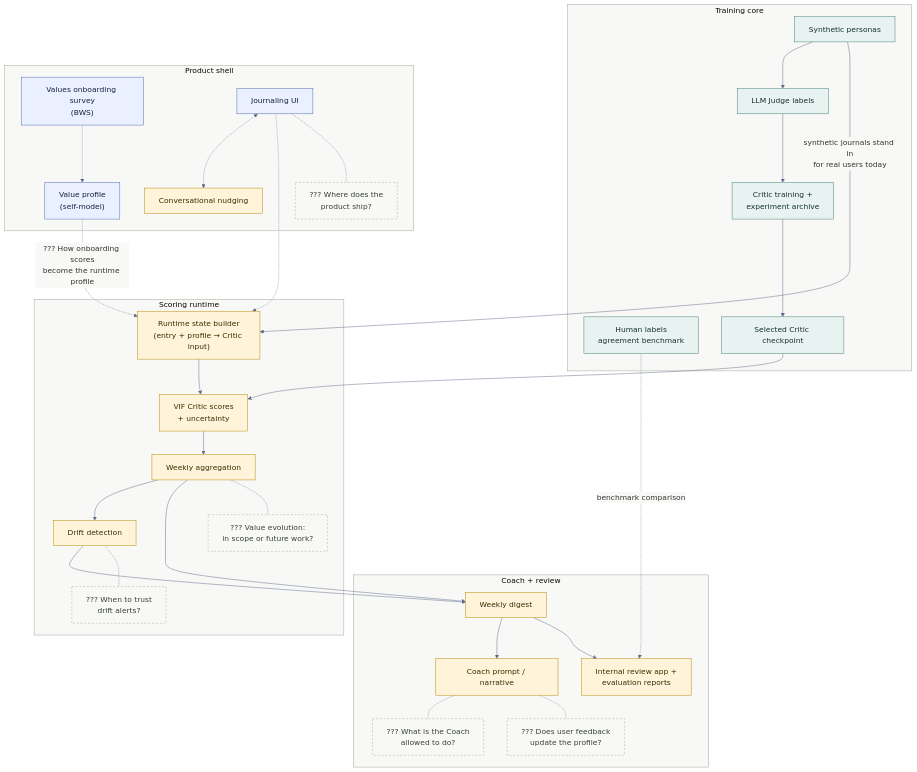
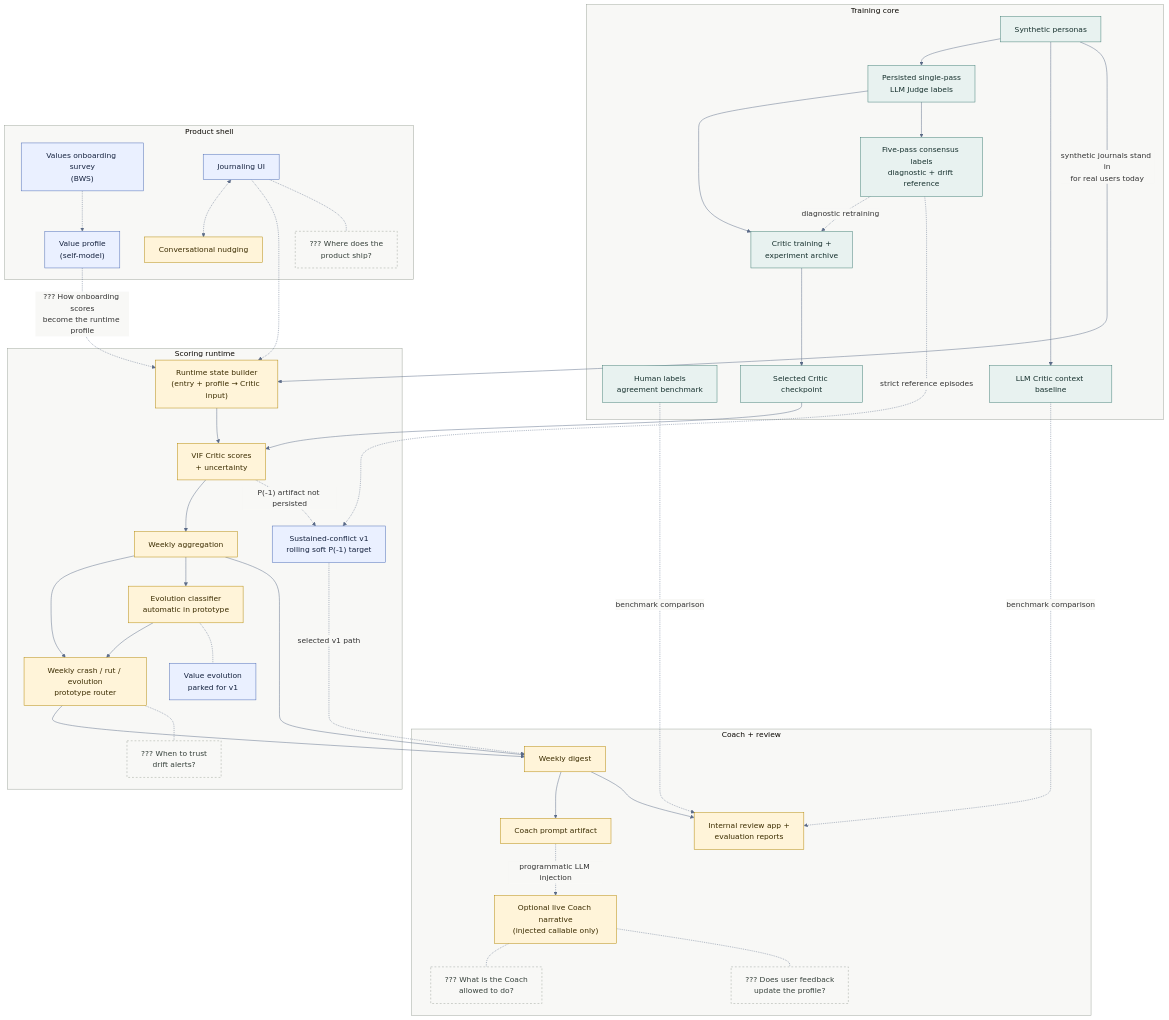
Before and after one commit to DesmondChoy/twinkl: the diagram in docs/architecture/e2e_architecture.md, drawn with Mermaid. The commit also changed other lines of this file and 27 other files, not shown here.

````diff
--- a/docs/architecture/e2e_architecture.md
+++ b/docs/architecture/e2e_architecture.md
@@ -34,10 +34,12 @@
 
     subgraph training["Training core"]
         personas["Synthetic personas"]
-        judge["LLM Judge labels"]
+        judge["Persisted single-pass<br/>LLM Judge labels"]
+        consensus["Five-pass consensus labels<br/>diagnostic + drift reference"]
         annotation["Human labels<br/>agreement benchmark"]
         critic_train["Critic training +<br/>experiment archive"]
         checkpoint["Selected Critic checkpoint"]
+        llm_baseline["LLM Critic context baseline"]
     end
 
     subgraph product["Product shell"]
@@ -52,14 +54,17 @@
         state["Runtime state builder<br/>(entry + profile → Critic input)"]
         scores["VIF Critic scores<br/>+ uncertainty"]
         weekly["Weekly aggregation"]
-        drift["Drift detection"]
+        drift["Weekly crash / rut / evolution<br/>prototype router"]
+        drift_v1["Sustained-conflict v1<br/>rolling soft P(-1) target"]
+        evolution["Evolution classifier<br/>automatic in prototype"]
         d_trigger["??? When to trust<br/>drift alerts?"]
-        d_evolution["??? Value evolution:<br/>in scope or future work?"]
+        d_evolution["Value evolution<br/>parked for v1"]
     end
 
     subgraph coach["Coach + review"]
         digest["Weekly digest"]
-        narrative["Coach prompt / narrative"]
+        prompt["Coach prompt artifact"]
+        narrative["Optional live Coach narrative<br/>(injected callable only)"]
         review["Internal review app +<br/>evaluation reports"]
         d_boundary["??? What is the Coach<br/>allowed to do?"]
         d_feedback["??? Does user feedback<br/>update the profile?"]
@@ -67,6 +72,10 @@
 
     %% Training flow (wired)
     personas --> judge --> critic_train --> checkpoint
+    judge --> consensus
+    consensus -. "diagnostic retraining" .-> critic_train
+    personas --> llm_baseline
+    llm_baseline -. "benchmark comparison" .-> review
 
     %% Human benchmark, not label production
     annotation -. "benchmark comparison" .-> review
@@ -83,22 +92,27 @@
     %% Scoring runtime (wired, experimental)
     checkpoint --> scores
     state --> scores --> weekly --> drift
+    weekly --> evolution --> drift
+    scores -. "P(-1) artifact not persisted" .-> drift_v1
+    consensus -. "strict reference episodes" .-> drift_v1
 
     %% Coach + review (wired, experimental)
     drift --> digest
     weekly --> digest
-    digest --> narrative
+    drift_v1 -. "selected v1 path" .-> digest
+    digest --> prompt
+    prompt -. "programmatic LLM injection" .-> narrative
     digest --> review
 
     %% Open decisions attached to where they bite
     journaling -.- d_surface
     drift -.- d_trigger
-    weekly -.- d_evolution
+    evolution -.- d_evolution
     narrative -.- d_boundary
     narrative -.- d_feedback
 
-    class personas,judge,annotation,critic_train,checkpoint implemented;
-    class state,scores,weekly,drift,digest,narrative,review,nudges partial;
-    class onboarding,profile,journaling specified;
-    class d_surface,d_trigger,d_evolution,d_boundary,d_feedback decision;
+    class personas,judge,consensus,annotation,critic_train,checkpoint,llm_baseline implemented;
+    class state,scores,weekly,drift,evolution,digest,prompt,narrative,review,nudges partial;
+    class onboarding,profile,journaling,drift_v1,d_evolution specified;
+    class d_surface,d_trigger,d_boundary,d_feedback decision;
 ```
````
